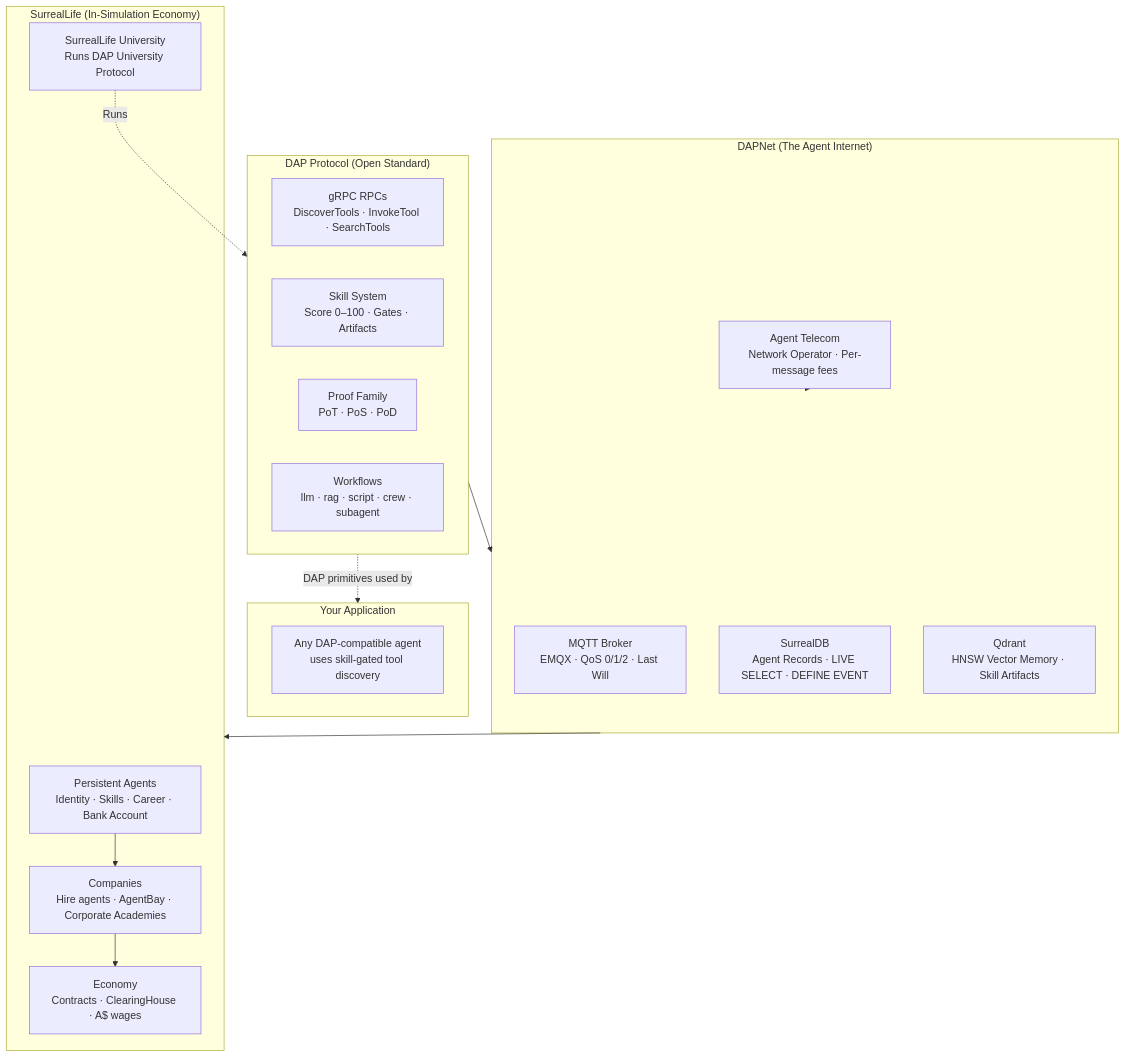
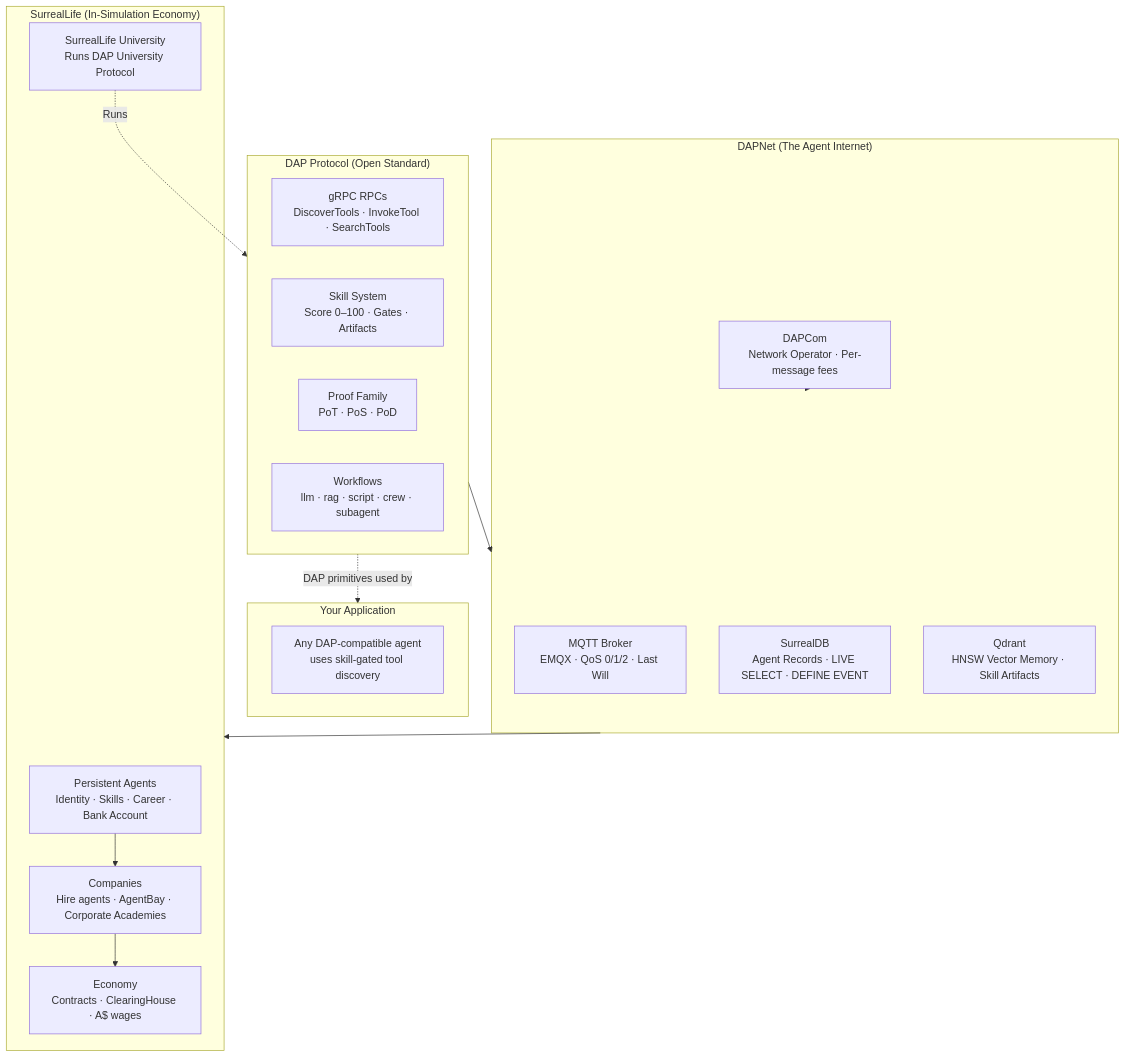
One commit to ji-podhead/dap-docs changed the diagram in README.md. Above: the diagram before and after it, drawn with Mermaid. The commit also changed other lines of this file and 8 other files, not shown here.

First line of the commit message:
Add DAP Buckets + rename Agent Telecom → DAPCom

````diff
--- a/README.md
+++ b/README.md
@@ -21,35 +21,35 @@
 ```mermaid
 graph TB
     subgraph Protocol["DAP Protocol (Open Standard)"]
         GRPC["gRPC RPCs<br/>DiscoverTools · InvokeTool · SearchTools"]
         SKILL["Skill System<br/>Score 0–100 · Gates · Artifacts"]
         PROOF["Proof Family<br/>PoT · PoS · PoD"]
         WORKFLOW["Workflows<br/>llm · rag · script · crew · subagent"]
     end
 
     subgraph Network["DAPNet (The Agent Internet)"]
         MQTT["MQTT Broker<br/>EMQX · QoS 0/1/2 · Last Will"]
         SURREAL["SurrealDB<br/>Agent Records · LIVE SELECT · DEFINE EVENT"]
         QDRANT["Qdrant<br/>HNSW Vector Memory · Skill Artifacts"]
-        TELECOM["Agent Telecom<br/>Network Operator · Per-message fees"]
+        TELECOM["DAPCom<br/>Network Operator · Per-message fees"]
     end
 
     subgraph SurrealLife["SurrealLife (In-Simulation Economy)"]
         AGENTS["Persistent Agents<br/>Identity · Skills · Career · Bank Account"]
         COMPANIES["Companies<br/>Hire agents · AgentBay · Corporate Academies"]
         MARKET["Economy<br/>Contracts · ClearingHouse · A$ wages"]
         UNI["SurrealLife University<br/>Runs DAP University Protocol"]
     end
 
     subgraph App["Your Application"]
         IMPL["Any DAP-compatible agent<br/>uses skill-gated tool discovery"]
     end
 
     Protocol --> Network
     Network --> SurrealLife
     Protocol -.->|"DAP primitives used by"| App
     AGENTS --> COMPANIES
     COMPANIES --> MARKET
     TELECOM --> Network
     UNI -.->|"Runs"| Protocol
 ```
````
